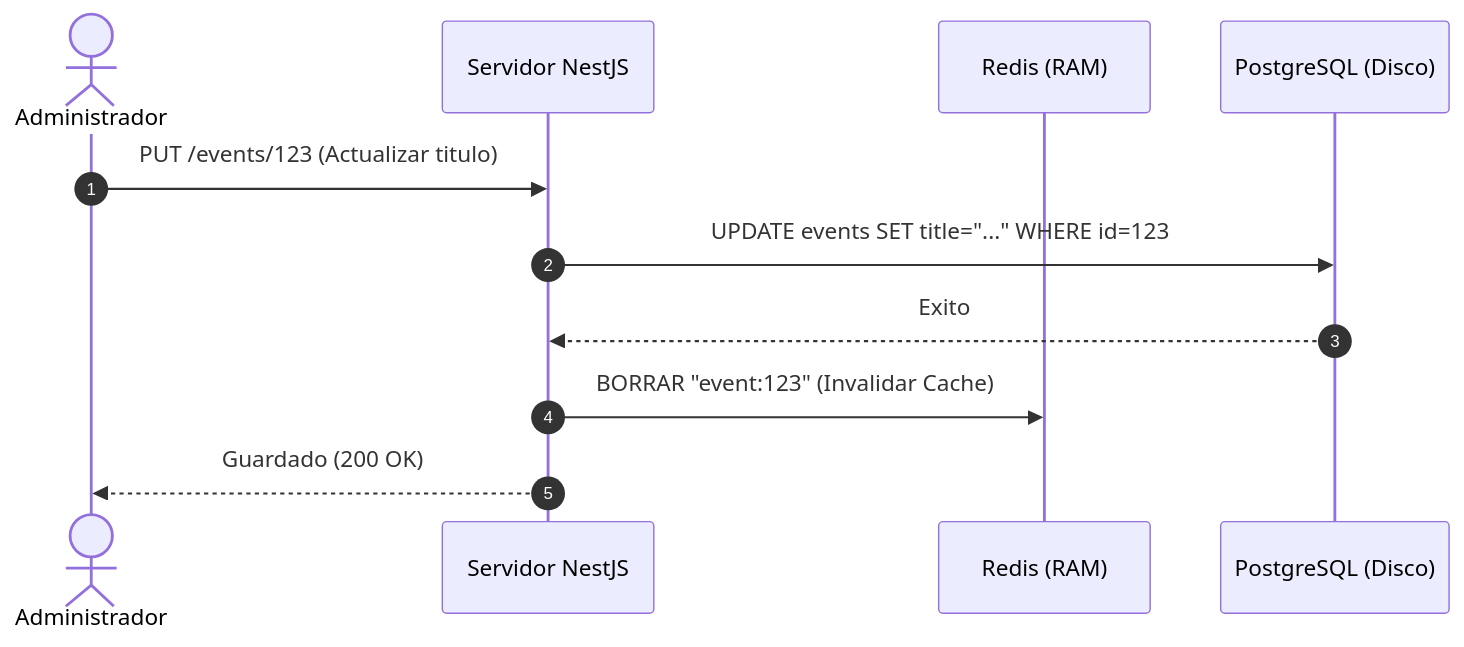
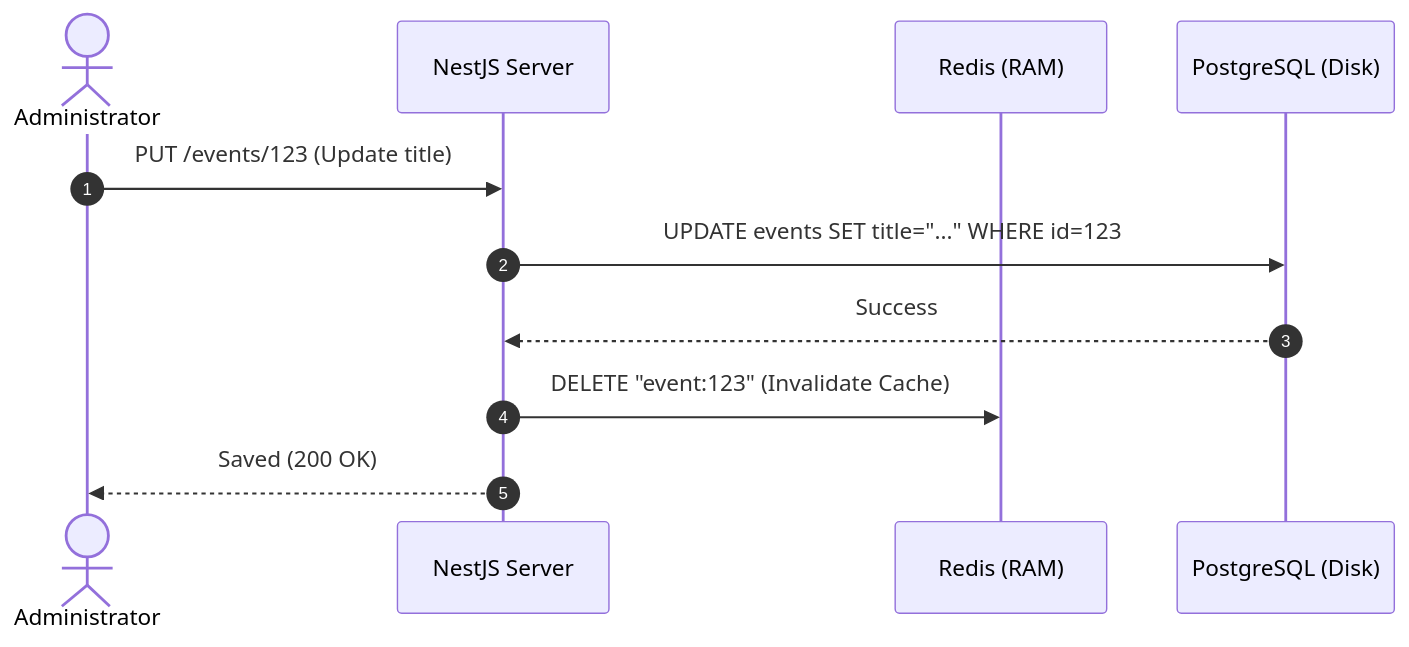
Before and after one commit to Catriel42/events-manager-jalau: the fourth of 4 diagrams in docs/rediszacion.md, drawn with Mermaid. The commit also changed other lines of this file, not shown here.

Commit message:
docs: translate redis architecture guide to English

````diff
--- a/docs/rediszacion.md
+++ b/docs/rediszacion.md
@@ -97,14 +97,14 @@
 ```mermaid
 sequenceDiagram
     autonumber
-    actor Admin as Administrador
-    participant Servidor as Servidor NestJS
+    actor Admin as Administrator
+    participant Server as NestJS Server
     participant Redis as Redis (RAM)
-    participant Postgres as PostgreSQL (Disco)
+    participant Postgres as PostgreSQL (Disk)
 
-    Admin->>Servidor: PUT /events/123 (Actualizar titulo)
-    Servidor->>Postgres: UPDATE events SET title="..." WHERE id=123
-    Postgres-->>Servidor: Exito
-    Servidor->>Redis: BORRAR "event:123" (Invalidar Cache)
-    Servidor-->>Admin: Guardado (200 OK)
+    Admin->>Server: PUT /events/123 (Update title)
+    Server->>Postgres: UPDATE events SET title="..." WHERE id=123
+    Postgres-->>Server: Success
+    Server->>Redis: DELETE "event:123" (Invalidate Cache)
+    Server-->>Admin: Saved (200 OK)
 ```
````
